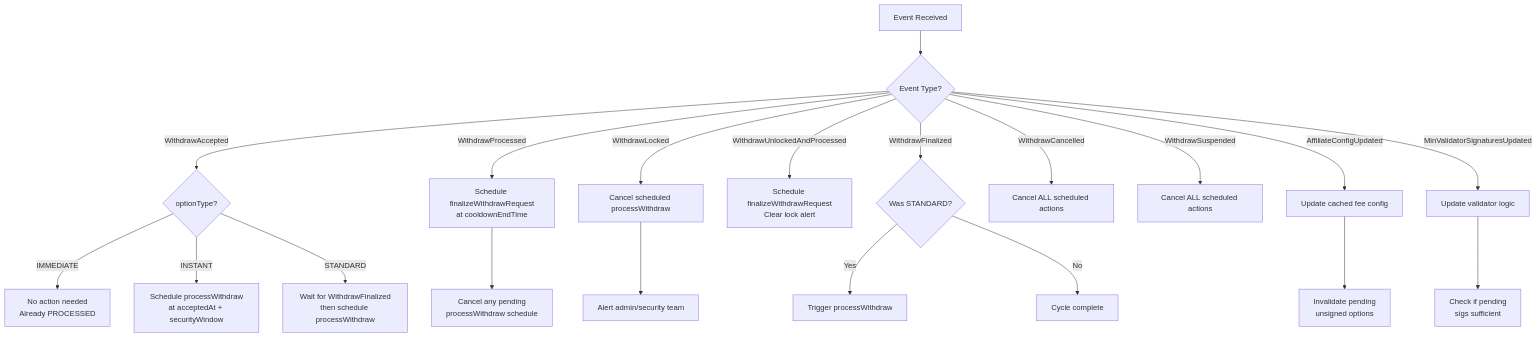
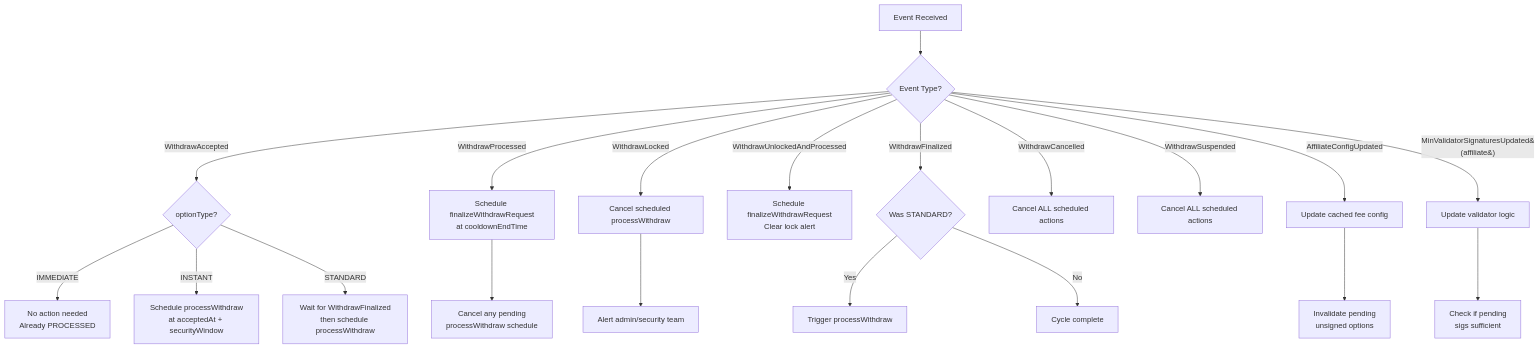
One commit to SYMM-IO/perps-core changed the tenth of 29 diagrams in docs/v0.8.6/express-bot-operations-checklist.md. Above: the diagram before and after it, drawn with Mermaid. The commit also changed other lines of this file and 1 other file, not shown here.

Commit message:
docs: update validator references to per-affiliate system

````diff
--- a/docs/v0.8.6/express-bot-operations-checklist.md
+++ b/docs/v0.8.6/express-bot-operations-checklist.md
@@ -1282,30 +1282,30 @@
 ```mermaid
 flowchart TD
     E[Event Received] --> T{Event Type?}
 
     T -->|WithdrawAccepted| A1{optionType?}
     A1 -->|IMMEDIATE| A2[No action needed\nAlready PROCESSED]
     A1 -->|INSTANT| A3["Schedule processWithdraw\nat acceptedAt + securityWindow"]
     A1 -->|STANDARD| A5["Wait for WithdrawFinalized\nthen schedule processWithdraw"]
 
     T -->|WithdrawProcessed| B1["Schedule finalizeWithdrawRequest\nat cooldownEndTime"]
     B1 --> B2[Cancel any pending\nprocessWithdraw schedule]
 
     T -->|WithdrawLocked| C1[Cancel scheduled processWithdraw]
     C1 --> C2[Alert admin/security team]
 
     T -->|WithdrawUnlockedAndProcessed| D1["Schedule finalizeWithdrawRequest\nClear lock alert"]
 
     T -->|WithdrawFinalized| E1{Was STANDARD?}
     E1 -->|Yes| E2[Trigger processWithdraw]
     E1 -->|No| E3[Cycle complete]
 
     T -->|WithdrawCancelled| F1[Cancel ALL scheduled actions]
     T -->|WithdrawSuspended| G1[Cancel ALL scheduled actions]
 
     T -->|AffiliateConfigUpdated| H1[Update cached fee config]
     H1 --> H2[Invalidate pending\nunsigned options]
 
-    T -->|MinValidatorSignaturesUpdated| I1[Update validator logic]
+    T -->|MinValidatorSignaturesUpdated&#40;affiliate&#41;| I1[Update validator logic]
     I1 --> I2[Check if pending\nsigs sufficient]
 ```
````
